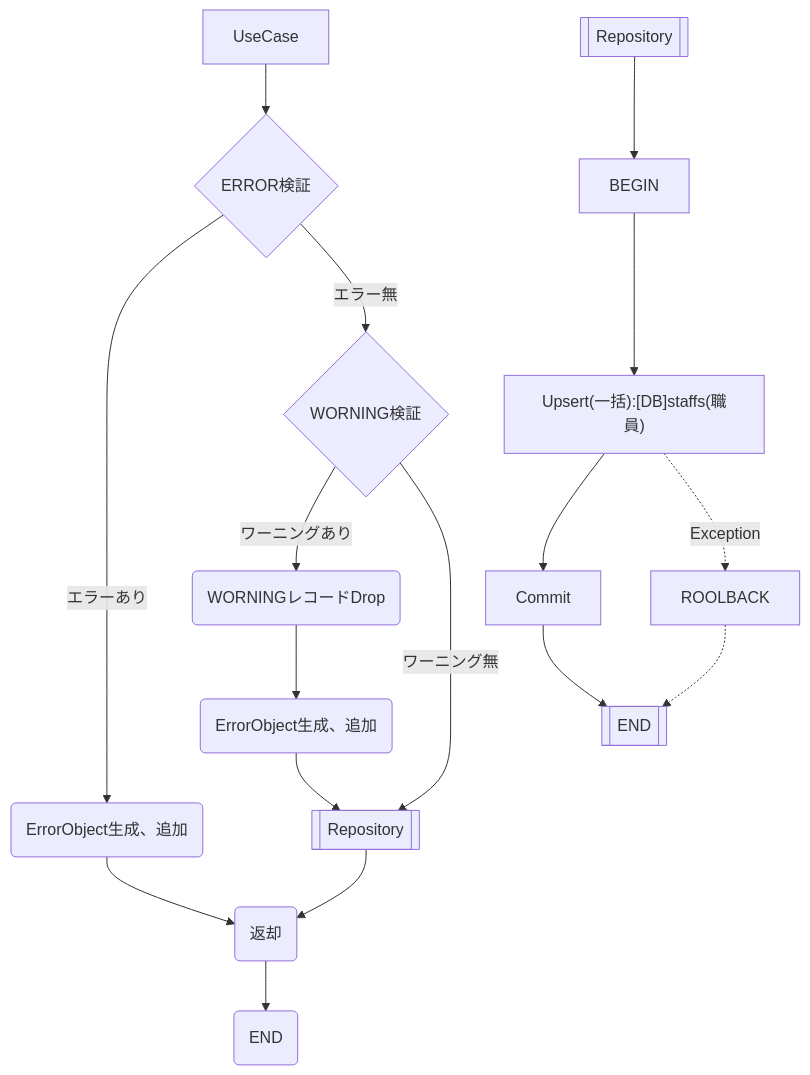
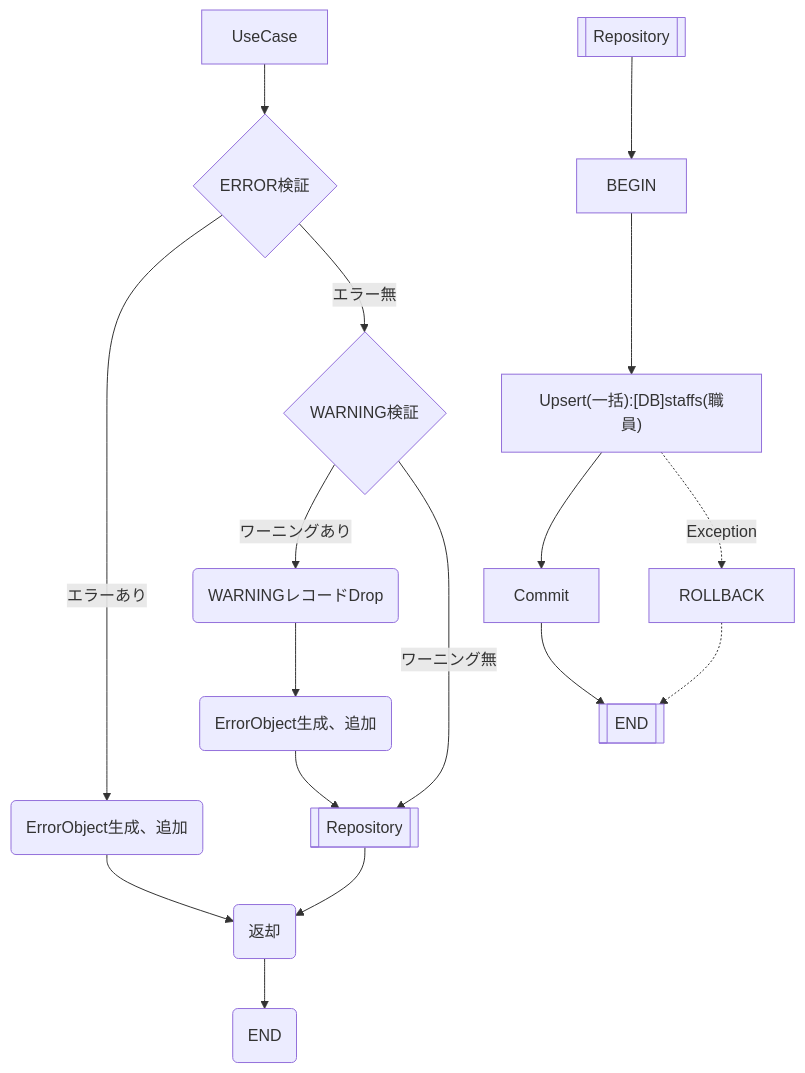
The diagram in Documents/外部IF設計書/src/docs/インターフェース/EC2011_職員を登録する.adoc (MrWangpeilin945/FlutterIOS), drawn with Mermaid before and after one commit. The commit also changed other lines of this file, not shown here.

Commit message:
誤字修正

```diff
--- a/Documents/外部IF設計書/src/docs/インターフェース/EC2011_職員を登録する.adoc
+++ b/Documents/外部IF設計書/src/docs/インターフェース/EC2011_職員を登録する.adoc
@@ -10,21 +10,21 @@
 [mermaid]
 ----
 flowchart TD
     A[UseCase] --> ERROR{ERROR検証}
     ERROR -- エラーあり --> C(ErrorObject生成、追加)
-    ERROR -- エラー無 --> WORNING{WORNING検証}    
-    WORNING -- ワーニングあり --> DROP(WORNINGレコードDrop)
-    DROP(WORNINGレコードDrop) --> DROP_REC(ErrorObject生成、追加)
+    ERROR -- エラー無 --> WARNING{WARNING検証}    
+    WARNING -- ワーニングあり --> DROP(WARNINGレコードDrop)
+    DROP(WARNINGレコードDrop) --> DROP_REC(ErrorObject生成、追加)
     DROP_REC --> D[[Repository]]
-    WORNING -- ワーニング無 --> D
+    WARNING -- ワーニング無 --> D
     C --> E(返却)
     D --> E
     E --> UseCaseEND(END)
 
     F[[Repository]] --> G[BEGIN]
     G --> H1["Upsert(一括):[DB]staffs(職員)"]
     H1 --> K[Commit]
-    H1 -.Exception.-> ROOLBACK[ROOLBACK]
+    H1 -.Exception.-> ROLLBACK[ROLLBACK]
     K --> RepositoryEND[[END]]
-    ROOLBACK .-> RepositoryEND
+    ROLLBACK .-> RepositoryEND
 ----
```
